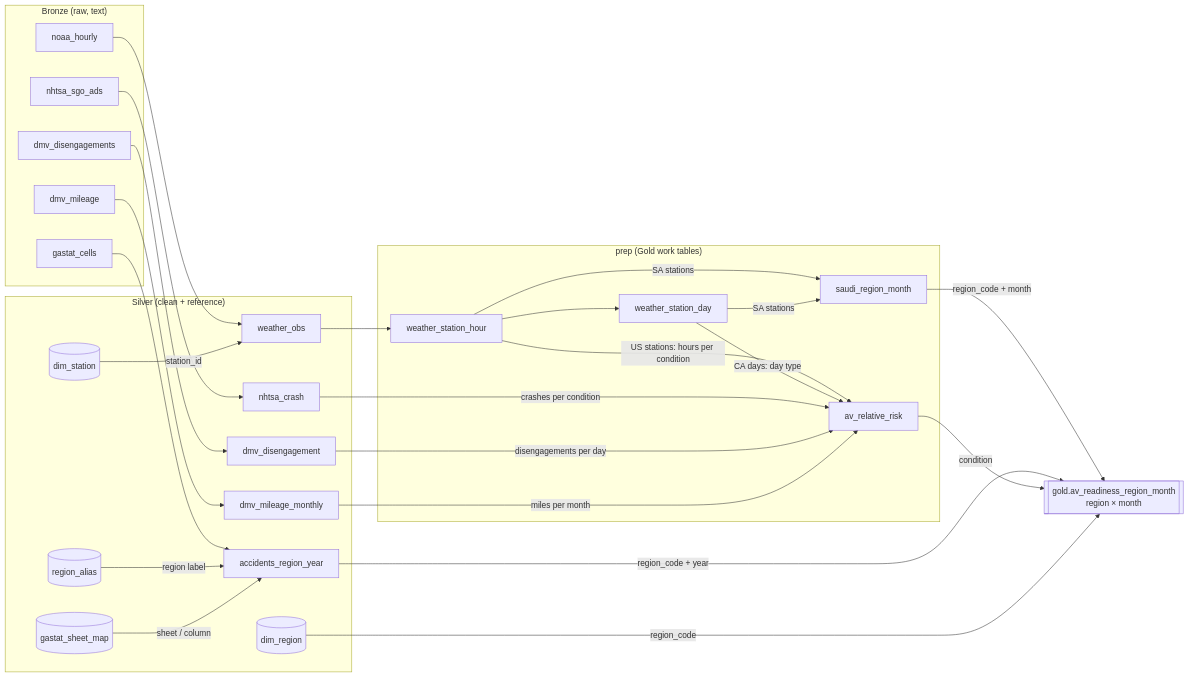
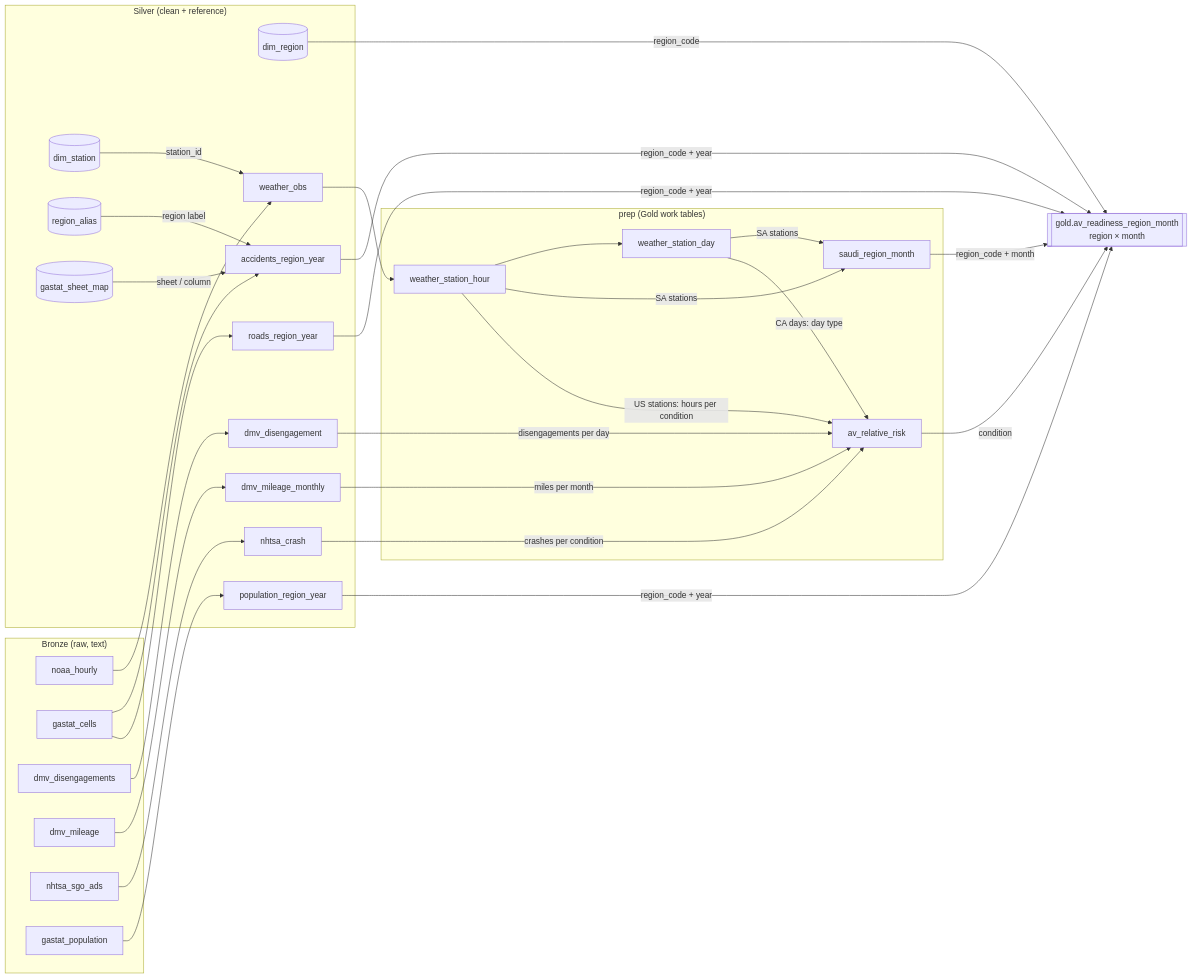
Before and after one commit to farahatsaafan/AV-Ready-Saudi: the diagram in docs/05_relations_and_lineage.md, drawn with Mermaid. The commit also changed other lines of this file and 21 other files, not shown here.

````diff
--- a/docs/05_relations_and_lineage.md
+++ b/docs/05_relations_and_lineage.md
@@ -35,44 +37,49 @@
 ```mermaid
 flowchart LR
   subgraph Bronze["Bronze (raw, text)"]
     B1[noaa_hourly]
     B2[gastat_cells]
     B3[dmv_disengagements]
     B4[dmv_mileage]
     B5[nhtsa_sgo_ads]
+    B6[gastat_population]
   end
   subgraph Silver["Silver (clean + reference)"]
     R1[(dim_region)]
     R2[(dim_station)]
     R3[(region_alias)]
     R4[(gastat_sheet_map)]
     S1[weather_obs]
     S2[accidents_region_year]
     S3[dmv_disengagement]
     S4[dmv_mileage_monthly]
     S5[nhtsa_crash]
+    S6[roads_region_year]
+    S7[population_region_year]
   end
   subgraph Prep["prep (Gold work tables)"]
     P1[weather_station_hour]
     P2[weather_station_day]
     P3[saudi_region_month]
     P4[av_relative_risk]
   end
   G[["gold.av_readiness_region_month<br/>region × month"]]
-  B1-->S1; B2-->S2; B3-->S3; B4-->S4; B5-->S5
+  B1-->S1; B2-->S2; B3-->S3; B4-->S4; B5-->S5; B2-->S6; B6-->S7
   R2-- station_id -->S1
   R3-- region label -->S2
   R4-- sheet / column -->S2
   S1-->P1-->P2
   P1-- SA stations -->P3
   P2-- SA stations -->P3
   P1-- US stations: hours per condition -->P4
   P2-- CA days: day type -->P4
   S5-- crashes per condition -->P4
   S3-- disengagements per day -->P4
   S4-- miles per month -->P4
   P3-- region_code + month -->G
   S2-- region_code + year -->G
+  S6-- region_code + year -->G
+  S7-- region_code + year -->G
   P4-- condition -->G
   R1-- region_code -->G
 ```
````
